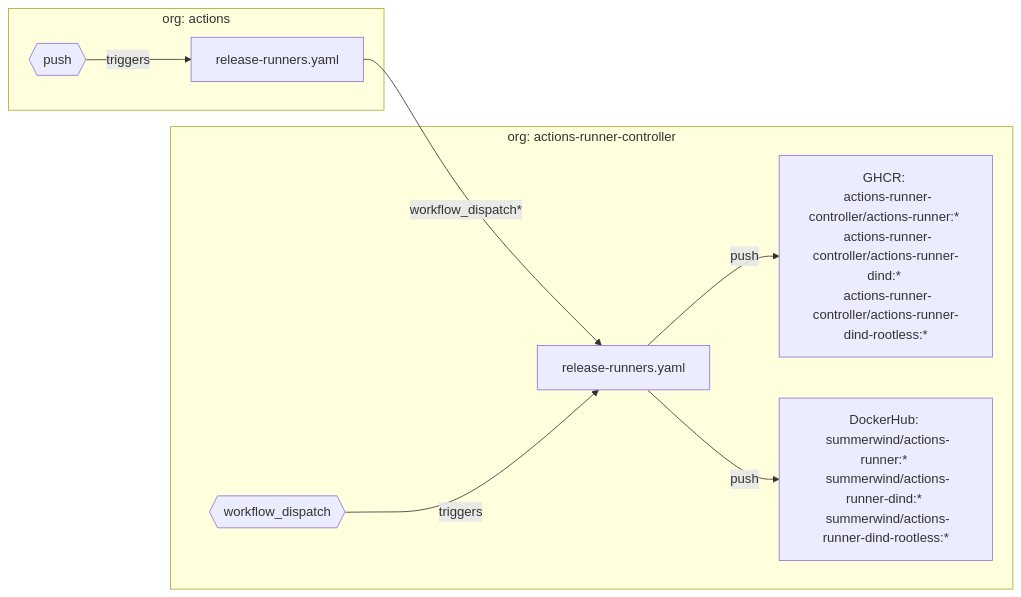
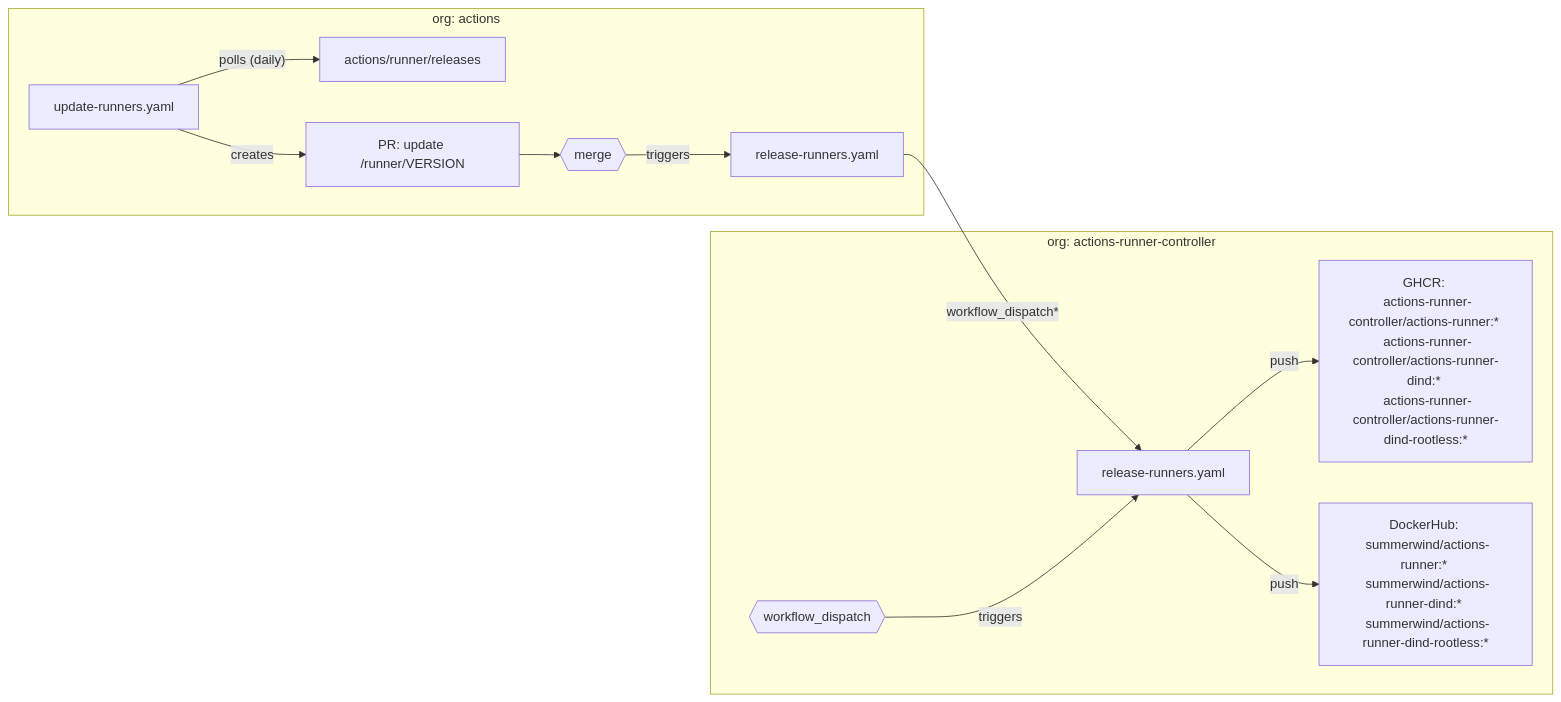
The first of 3 diagrams in README.md (actions-runner-controller/releases), drawn with Mermaid before and after one commit.

Commit message:
Update readme with new automated runner updates (#5)
* Update readme with new automated runner updates

* Update README.md

* Update README.md

---------

````diff
--- a/README.md
+++ b/README.md
@@ -11,12 +11,15 @@
 ```mermaid
 flowchart LR
     workflow["release-runners.yaml"] -- workflow_dispatch* --> workflow_b["release-runners.yaml"]
     subgraph org: actions
-    event_a{{"push"}} -- triggers --> workflow["release-runners.yaml"]
+    update_runners_workflow["update-runners.yaml"] -- polls (daily) --> runner_releases["actions/runner/releases"]
+    update_runners_workflow -- creates --> runner_update_pr["PR: update /runner/VERSION"]
+    runner_update_pr --> runner_update_pr_merge{{"merge"}}
+    runner_update_pr_merge -- triggers --> workflow["release-runners.yaml"]
     end
     subgraph org: actions-runner-controller
     workflow_b["release-runners.yaml"] -- push --> A["GHCR: \n actions-runner-controller/actions-runner:* \n actions-runner-controller/actions-runner-dind:* \n actions-runner-controller/actions-runner-dind-rootless:*"]
     workflow_b["release-runners.yaml"] -- push --> B["DockerHub: \n summerwind/actions-runner:* \n summerwind/actions-runner-dind:* \n summerwind/actions-runner-dind-rootless:*"]
     event_b{{"workflow_dispatch"}} -- triggers --> workflow_b["release-runners.yaml"]
     end
 ```
````
